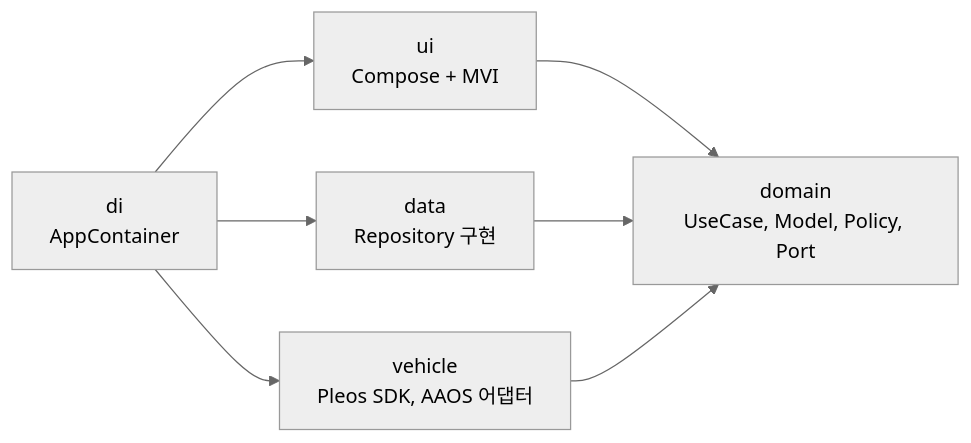
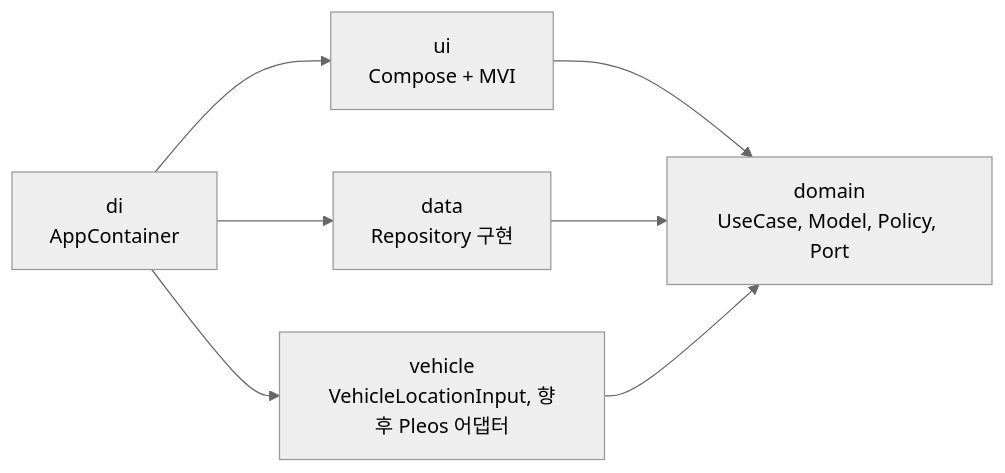
Before and after one commit to Potatoes-Book-5/WithIm: the first of 5 diagrams in docs/ARCHITECTURE.md, drawn with Mermaid (neutral theme). The commit also changed other lines of this file and 14 other files, not shown here.

````diff
--- a/docs/ARCHITECTURE.md
+++ b/docs/ARCHITECTURE.md
@@ -50,9 +50,9 @@
 ```mermaid
 flowchart LR
     UI[ui<br/>Compose + MVI] --> Domain[domain<br/>UseCase, Model, Policy, Port]
     Data[data<br/>Repository 구현] --> Domain
-    Vehicle[vehicle<br/>Pleos SDK, AAOS 어댑터] --> Domain
+    Vehicle[vehicle<br/>VehicleLocationInput, 향후 Pleos 어댑터] --> Domain
     DI[di<br/>AppContainer] --> UI
     DI --> Data
     DI --> Vehicle
 ```
````
